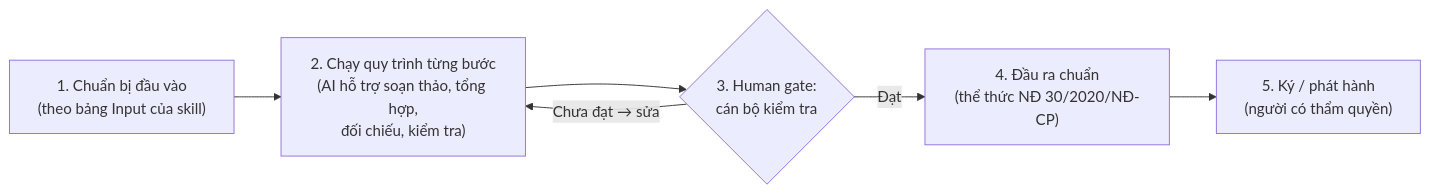
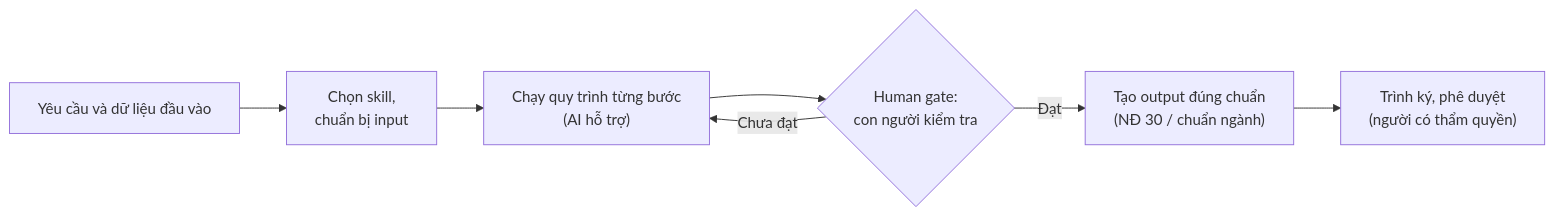
The second of 2 diagrams in README.md (phamtruong91/gov-skills-framework), drawn with Mermaid before and after one commit. The commit also changed other lines of this file and 235 other files, not shown here.

First line of the commit message:
Rà soát chi tiết input/quy trình/output: sửa lỗi kỹ thuật toàn bộ 315 skill + lỗi ngữ nghĩa từ review 86 skill mẫu

````diff
--- a/README.md
+++ b/README.md
@@ -90,8 +130,9 @@
 ```mermaid
 flowchart LR
-    A["1. Chuẩn bị đầu vào<br/>(theo bảng Input của skill)"] --> B["2. Chạy quy trình từng bước<br/>(AI hỗ trợ soạn thảo, tổng hợp,<br/>đối chiếu, kiểm tra)"]
-    B --> C{"3. Human gate:<br/>cán bộ kiểm tra"}
-    C -->|"Chưa đạt → sửa"| B
-    C -->|"Đạt"| D["4. Đầu ra chuẩn<br/>(thể thức NĐ 30/2020/NĐ-CP)"]
-    D --> E["5. Ký / phát hành<br/>(người có thẩm quyền)"]
+    A["Yêu cầu và dữ liệu đầu vào"] --> B["Chọn skill,<br/>chuẩn bị input"]
+    B --> C["Chạy quy trình từng bước<br/>(AI hỗ trợ)"]
+    C --> D{"Human gate:<br/>con người kiểm tra"}
+    D -->|"Chưa đạt"| C
+    D -->|"Đạt"| E["Tạo output đúng chuẩn<br/>(NĐ 30 / chuẩn ngành)"]
+    E --> F["Trình ký, phê duyệt<br/>(người có thẩm quyền)"]
 ```
````
